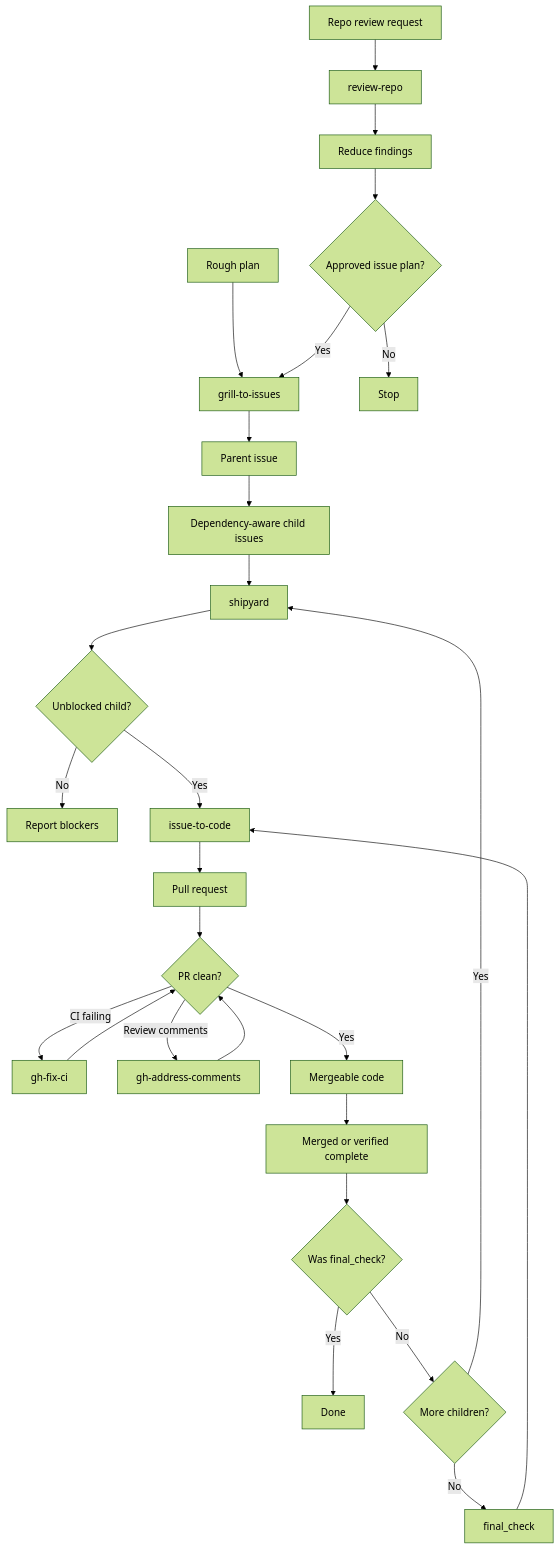
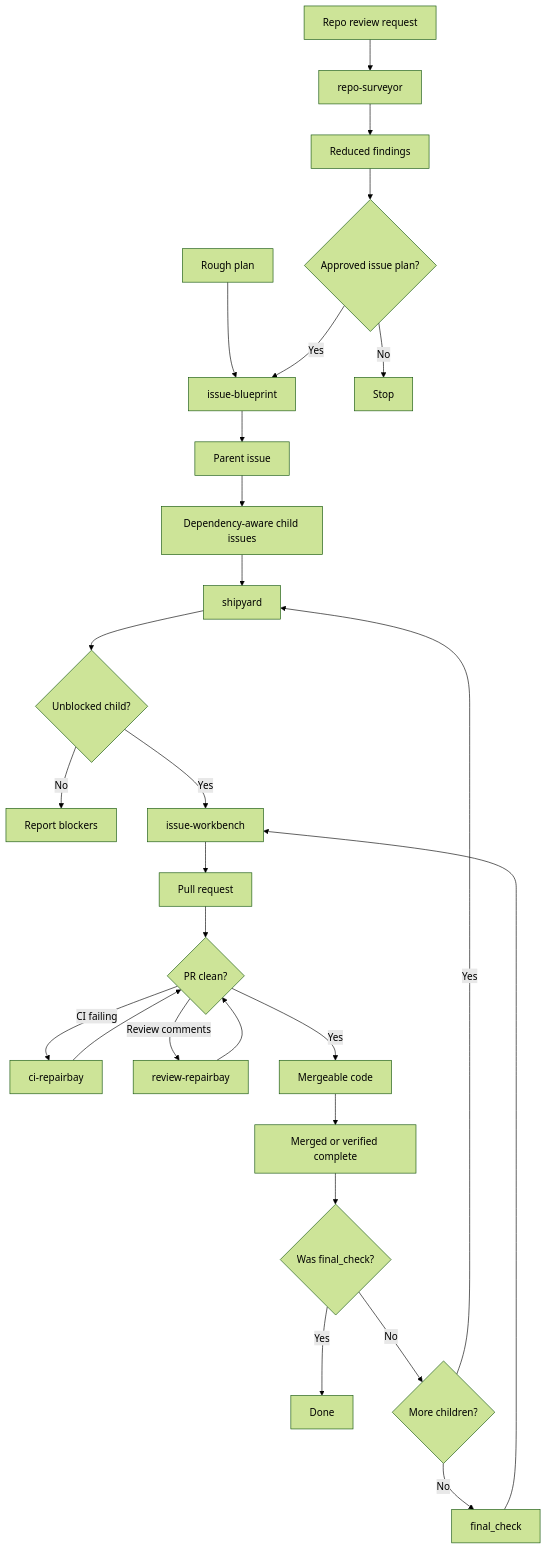
Before and after one commit to HenryQW/skills: the first of 5 diagrams in README.md, drawn with Mermaid (forest theme). The commit also changed other lines of this file and 35 other files, not shown here.

````diff
--- a/README.md
+++ b/README.md
@@ -9,29 +16,29 @@
 ```mermaid
 flowchart TD
-  rough["Rough plan"] --> grill["grill-to-issues"]
-  audit["Repo review request"] --> review["review-repo"]
-  review --> reduce["Reduce findings"]
+  rough["Rough plan"] --> blueprint["issue-blueprint"]
+  audit["Repo review request"] --> surveyor["repo-surveyor"]
+  surveyor --> reduce["Reduced findings"]
   reduce --> approved{"Approved issue plan?"}
-  approved -->|Yes| grill
+  approved -->|Yes| blueprint
   approved -->|No| stop["Stop"]
-  grill --> parent["Parent issue"]
+  blueprint --> parent["Parent issue"]
   parent --> children["Dependency-aware child issues"]
   children --> shipyard["shipyard"]
   shipyard --> ready{"Unblocked child?"}
   ready -->|No| blocked["Report blockers"]
-  ready -->|Yes| issue["issue-to-code"]
-  issue --> pr["Pull request"]
+  ready -->|Yes| workbench["issue-workbench"]
+  workbench --> pr["Pull request"]
   pr --> health{"PR clean?"}
-  health -->|CI failing| ci["gh-fix-ci"]
-  health -->|Review comments| comments["gh-address-comments"]
+  health -->|CI failing| ci_repair["ci-repairbay"]
+  health -->|Review comments| review_repair["review-repairbay"]
   health -->|Yes| mergeable["Mergeable code"]
-  ci --> health
-  comments --> health
+  ci_repair --> health
+  review_repair --> health
   mergeable --> complete["Merged or verified complete"]
   complete --> final_done{"Was final_check?"}
   final_done -->|Yes| done["Done"]
   final_done -->|No| more{"More children?"}
   more -->|Yes| shipyard
   more -->|No| final["final_check"]
-  final --> issue
+  final --> workbench
 ```
````
